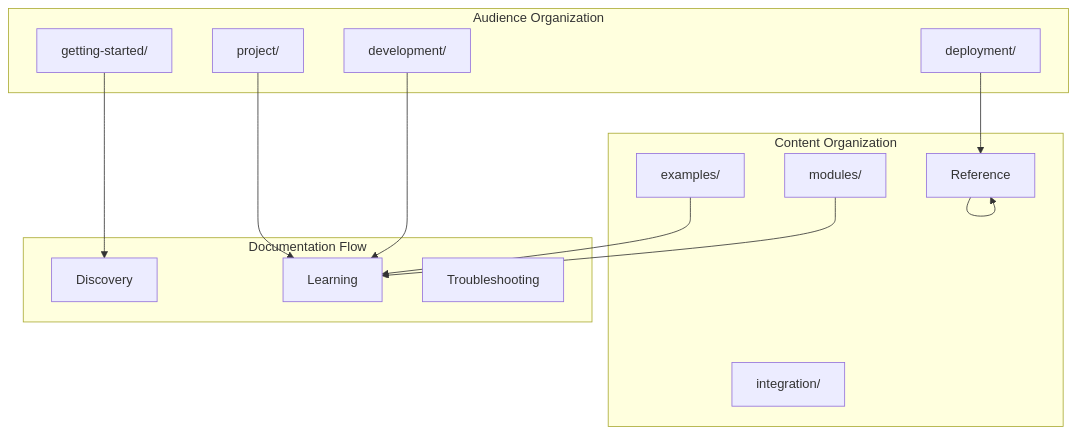
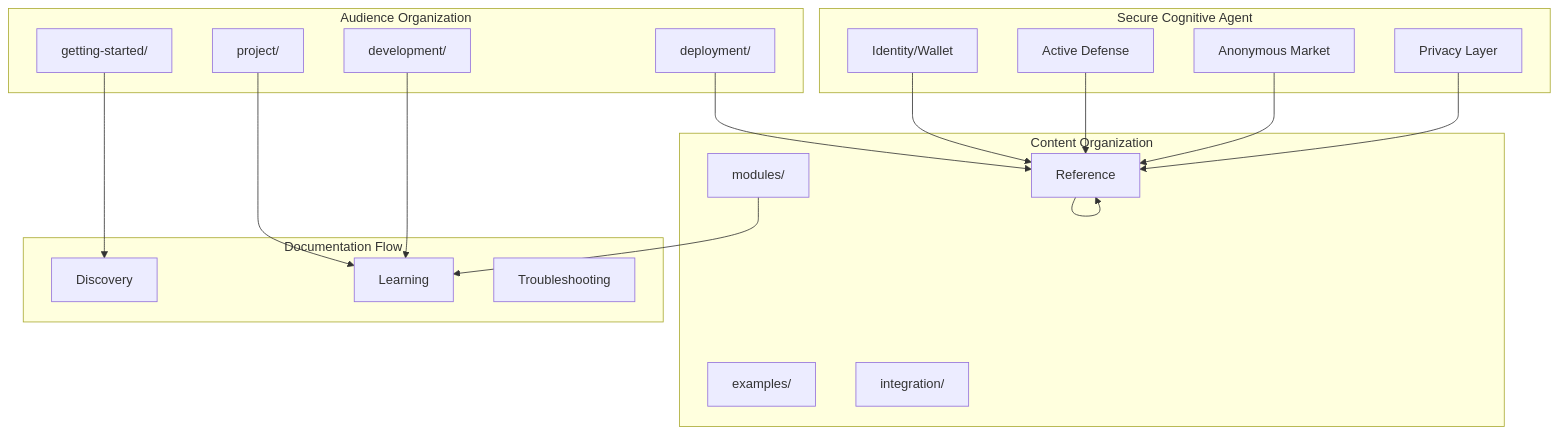
Before and after one commit to docxology/codomyrmex: the diagram in docs/SPEC.md, drawn with Mermaid. The commit also changed other lines of this file and 737 other files, not shown here.

````diff
--- a/docs/SPEC.md
+++ b/docs/SPEC.md
@@ -49,31 +55,42 @@
 ```mermaid
 graph TD
     subgraph "Audience Organization"
         Users[getting-started/]
         Contributors[project/]
         Developers[development/]
         Admins[deployment/]
     end
 
     subgraph "Content Organization"
         Examples[examples/]
         Reference[reference/]
         Modules[modules/]
         Integration[integration/]
     end
 
     subgraph "Documentation Flow"
         Discovery[Discovery]
         Learning[Learning]
         Reference[Reference]
         Troubleshooting[Troubleshooting]
     end
 
     Users --> Discovery
     Contributors --> Learning
     Developers --> Learning
     Admins --> Reference
-    Examples --> Learning
     Reference --> Reference
     Modules --> Learning
+    
+    subgraph "Secure Cognitive Agent"
+        Identity[Identity/Wallet]
+        Defense[Active Defense]
+        Market[Anonymous Market]
+        Privacy[Privacy Layer]
+    end
+    
+    Identity --> Reference
+    Defense --> Reference
+    Market --> Reference
+    Privacy --> Reference
 ```
````
